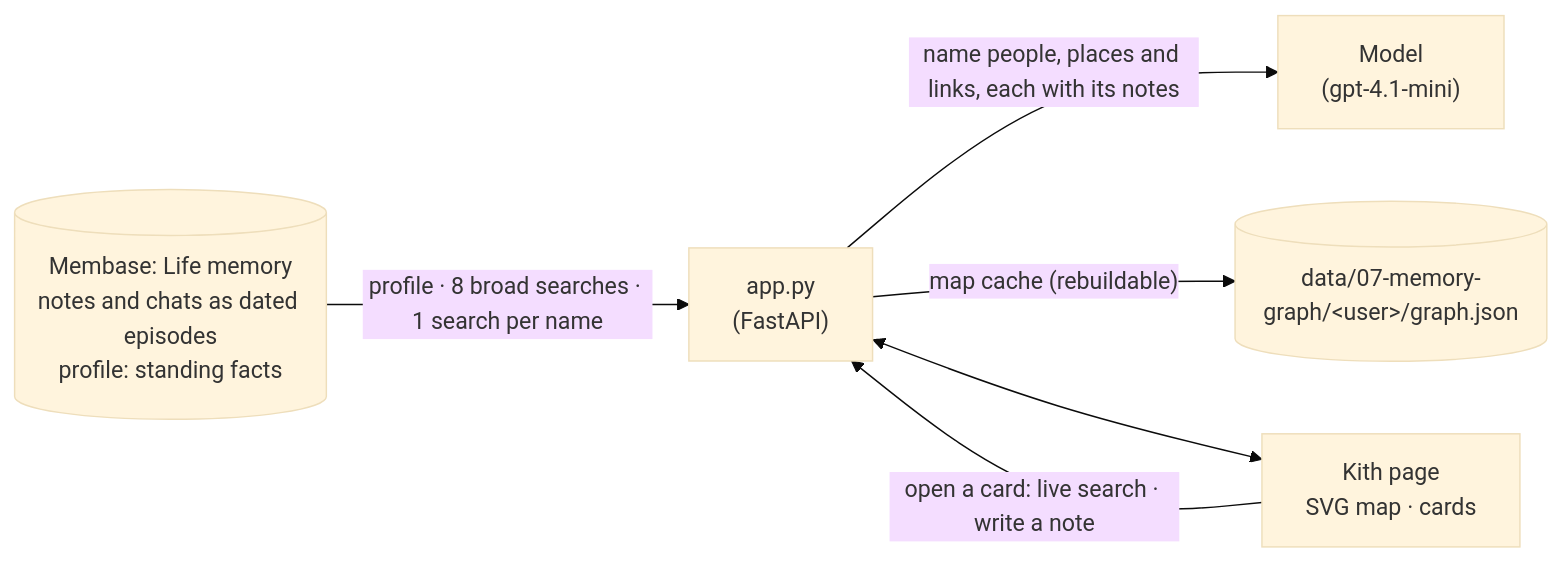
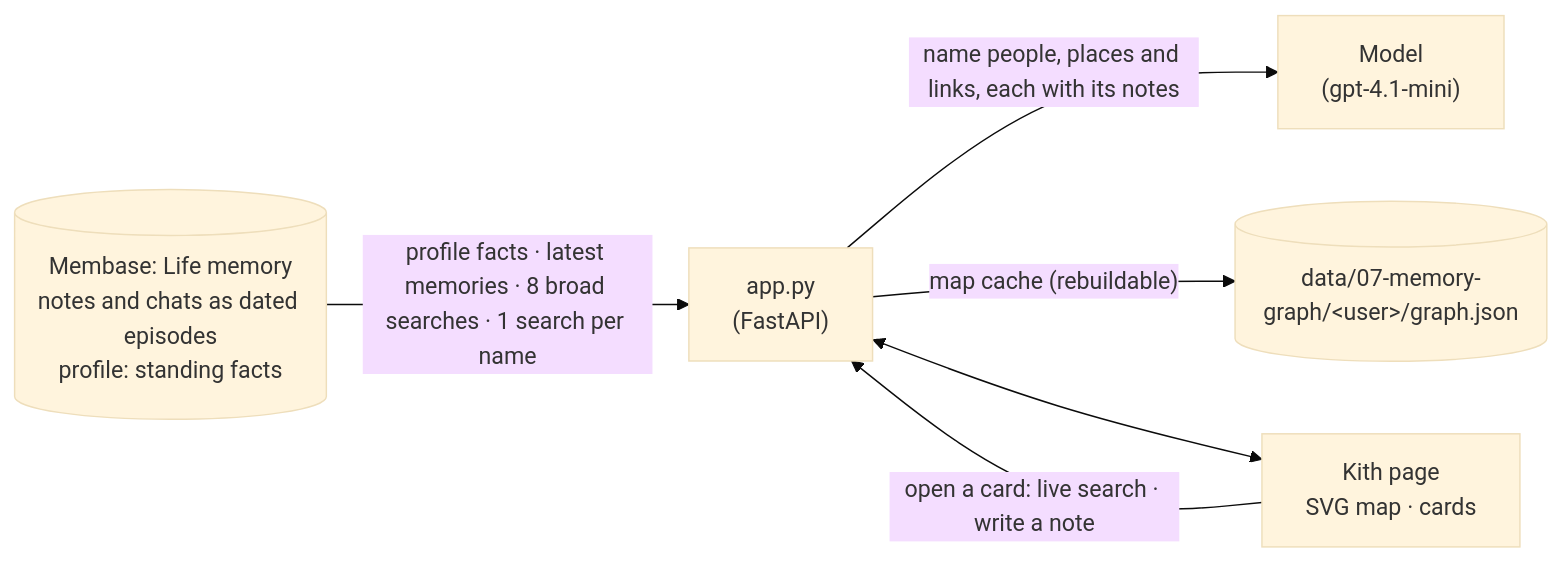
One commit to unibaseio/membase-use-cases changed the diagram in 07-memory-graph/README.md. Above: the diagram before and after it, drawn with Mermaid (base theme). The commit also changed other lines of this file and 55 other files, not shown here.

````diff
--- a/07-memory-graph/README.md
+++ b/07-memory-graph/README.md
@@ -39,8 +40,8 @@
 ```mermaid
 flowchart LR
-  M[("Membase: Life memory<br/>notes and chats as dated episodes<br/>profile: standing facts")] -- "profile · 8 broad searches · 1 search per name" --> A["app.py<br/>(FastAPI)"]
+  M[("Membase: Life memory<br/>notes and chats as dated episodes<br/>profile: standing facts")] -- "profile facts · latest memories · 8 broad searches · 1 search per name" --> A["app.py<br/>(FastAPI)"]
   A -- "name people, places and links, each with its notes" --> L["Model<br/>(gpt-4.1-mini)"]
   A -- "map cache (rebuildable)" --> C[("data/07-memory-graph/&lt;user&gt;/graph.json")]
   A <--> P["Kith page<br/>SVG map · cards"]
   P -- "open a card: live search · write a note" --> A
 ```
````
